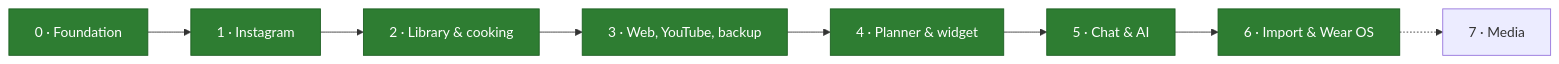
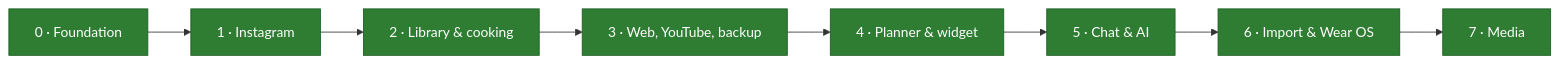
Before and after one commit to inthevortex/recipe-catcher: the fifth of 5 diagrams in README.md, drawn with Mermaid. The commit also changed other lines of this file, not shown here.

Commit message:
docs: document multimodal image extraction, carousels, and YouTube caption transcripts

````diff
--- a/README.md
+++ b/README.md
@@ -518,6 +530,6 @@
 ```mermaid
 flowchart LR
-  W0["0 · Foundation"]:::done --> W1["1 · Instagram"]:::done --> W2["2 · Library & cooking"]:::done --> W3["3 · Web, YouTube, backup"]:::done --> W4["4 · Planner & widget"]:::done --> W5["5 · Chat & AI"]:::done --> W6["6 · Import & Wear OS"]:::done -.-> W7["7 · Media"]
+  W0["0 · Foundation"]:::done --> W1["1 · Instagram"]:::done --> W2["2 · Library & cooking"]:::done --> W3["3 · Web, YouTube, backup"]:::done --> W4["4 · Planner & widget"]:::done --> W5["5 · Chat & AI"]:::done --> W6["6 · Import & Wear OS"]:::done --> W7["7 · Media"]:::done
   classDef done fill:#2e7d32,color:#fff,stroke:#1b5e20
   classDef wip fill:#f9a825,color:#000,stroke:#f57f17
 ```
````
